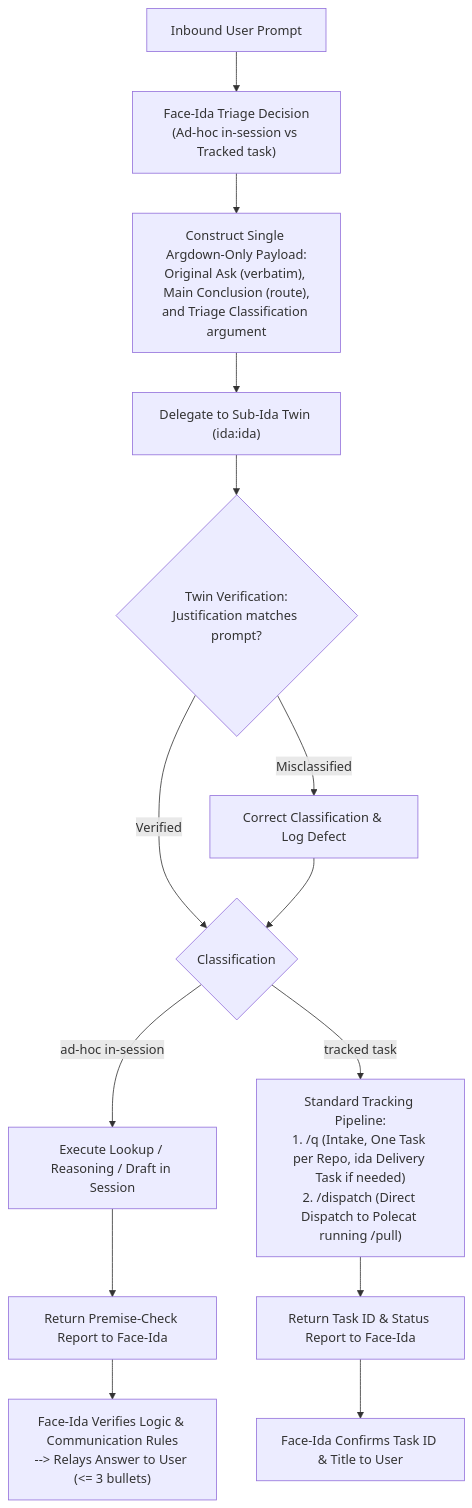
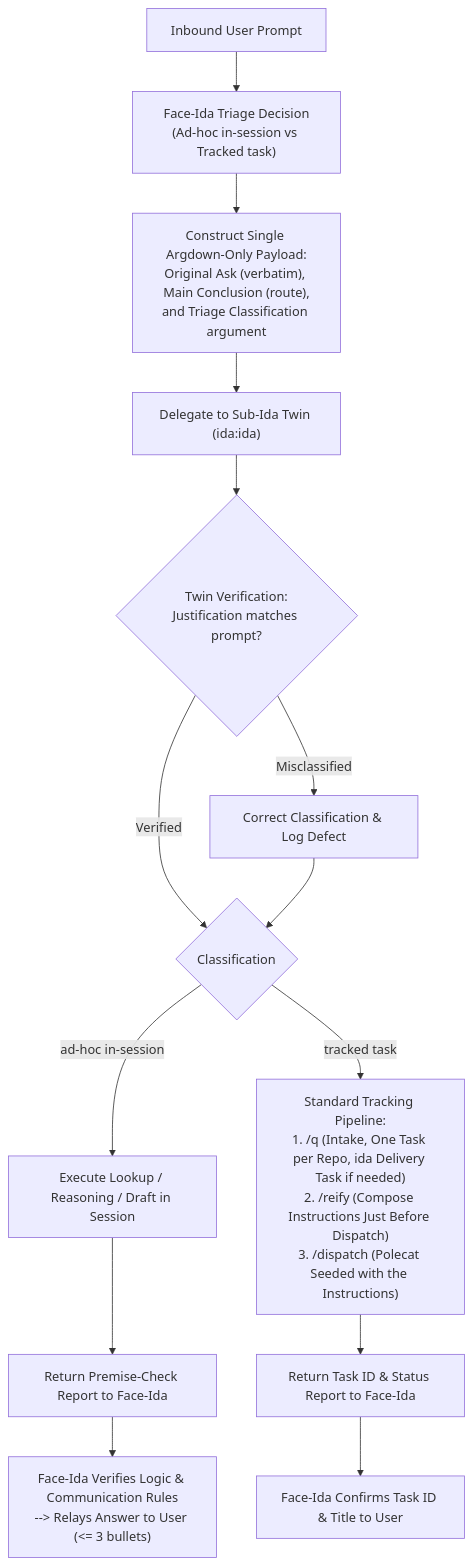
One commit to nicsuzor/academicOps changed the diagram in specs/agents/face-ida-triage-and-tracked-requests.md. Above: the diagram before and after it, drawn with Mermaid. The commit also changed other lines of this file and 51 other files, not shown here.

First line of the commit message:
refactor(split): polecats carry no plugins; reify before dispatch; drop surface detection and rbg references

````diff
--- a/specs/agents/face-ida-triage-and-tracked-requests.md
+++ b/specs/agents/face-ida-triage-and-tracked-requests.md
@@ -65,19 +66,19 @@
 ```mermaid
 flowchart TD
     UserPrompt["Inbound User Prompt"] --> FaceTriage["Face-Ida Triage Decision<br/>(Ad-hoc in-session vs Tracked task)"]
     FaceTriage --> ConstructPayload["Construct Single Argdown-Only Payload:<br/>Original Ask (verbatim), Main Conclusion (route),<br/>and Triage Classification argument"]
     ConstructPayload --> DelegateTwin["Delegate to Sub-Ida Twin (ida:ida)"]
     
     DelegateTwin --> TwinCheck{"Twin Verification:<br/>Justification matches prompt?"}
     TwinCheck -- Misclassified --> CorrectRoute["Correct Classification & Log Defect"]
     TwinCheck -- Verified --> ExecuteBranch{"Classification"}
     CorrectRoute --> ExecuteBranch
     
     ExecuteBranch -- "ad-hoc in-session" --> InSessionExec["Execute Lookup / Reasoning / Draft in Session"]
     InSessionExec --> TwinReport["Return Premise-Check Report to Face-Ida"]
     TwinReport --> FaceRelay["Face-Ida Verifies Logic & Communication Rules<br/>--> Relays Answer to User (<= 3 bullets)"]
     
-    ExecuteBranch -- "tracked task" --> Pipeline["Standard Tracking Pipeline:<br/>1. /q (Intake, One Task per Repo, ida Delivery Task if needed)<br/>2. /dispatch (Direct Dispatch to Polecat running /pull)"]
+    ExecuteBranch -- "tracked task" --> Pipeline["Standard Tracking Pipeline:<br/>1. /q (Intake, One Task per Repo, ida Delivery Task if needed)<br/>2. /reify (Compose Instructions Just Before Dispatch)<br/>3. /dispatch (Polecat Seeded with the Instructions)"]
     Pipeline --> TaskReport["Return Task ID & Status Report to Face-Ida"]
     TaskReport --> FaceConfirm["Face-Ida Confirms Task ID & Title to User"]
 ```
````
